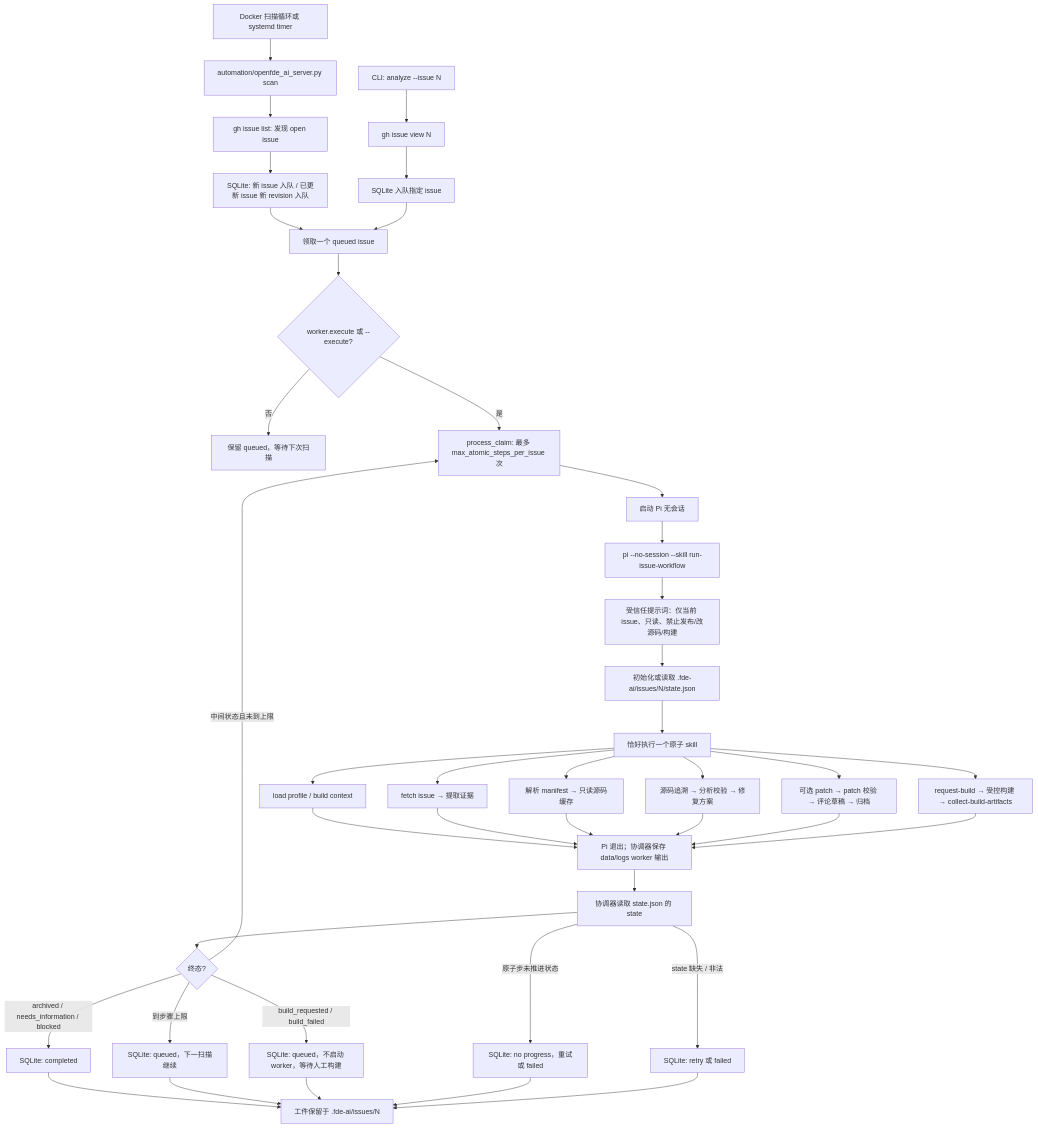
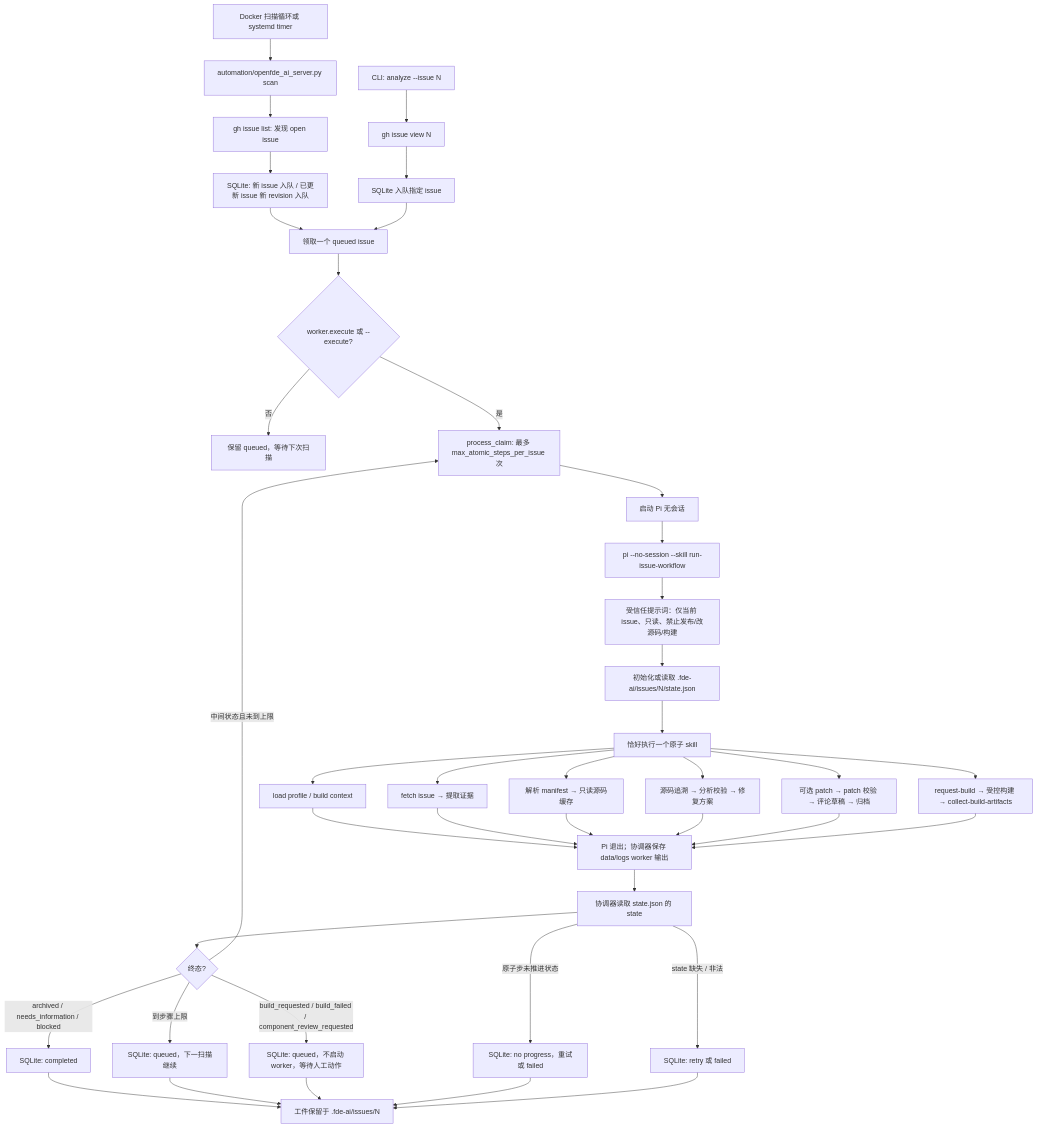
The diagram in docs/architecture/server-pi-flow.md (openfde/issue_killer), drawn with Mermaid before and after one commit. The commit also changed other lines of this file and 16 other files, not shown here.

First line of the commit message:
Add three-layer component attribution with human review loop

````diff
--- a/docs/architecture/server-pi-flow.md
+++ b/docs/architecture/server-pi-flow.md
@@ -3,49 +3,49 @@
 ```mermaid
 flowchart TD
     A[Docker 扫描循环或 systemd timer] --> B[automation/openfde_ai_server.py scan]
     C[CLI: analyze --issue N] --> D[gh issue view N]
     D --> E[SQLite 入队指定 issue]
     B --> F[gh issue list: 发现 open issue]
     F --> G[SQLite: 新 issue 入队 / 已更新 issue 新 revision 入队]
     G --> H[领取一个 queued issue]
     E --> H
 
     H --> I{worker.execute 或 --execute?}
     I -- 否 --> J[保留 queued，等待下次扫描]
     I -- 是 --> K[process_claim: 最多 max_atomic_steps_per_issue 次]
 
     K --> L[启动 Pi 无会话]
     L --> M[pi --no-session --skill run-issue-workflow]
     M --> N[受信任提示词：仅当前 issue、只读、禁止发布/改源码/构建]
     N --> O[初始化或读取 .fde-ai/issues/N/state.json]
     O --> P[恰好执行一个原子 skill]
 
     P --> P1[load profile / build context]
     P --> P2[fetch issue → 提取证据]
     P --> P3[解析 manifest → 只读源码缓存]
     P --> P4[源码追溯 → 分析校验 → 修复方案]
     P --> P5[可选 patch → patch 校验 → 评论草稿 → 归档]
     P --> P6[request-build → 受控构建 → collect-build-artifacts]
 
     P1 --> Q[Pi 退出；协调器保存 data/logs worker 输出]
     P2 --> Q
     P3 --> Q
     P4 --> Q
     P5 --> Q
     P6 --> Q
 
     Q --> R[协调器读取 state.json 的 state]
     R --> S{终态?}
     S -- archived / needs_information / blocked --> T[SQLite: completed]
-    S -- build_requested / build_failed --> U2[SQLite: queued，不启动 worker，等待人工构建]
+    S -- build_requested / build_failed / component_review_requested --> U2[SQLite: queued，不启动 worker，等待人工动作]
     S -- 中间状态且未到上限 --> K
     S -- 到步骤上限 --> U[SQLite: queued，下一扫描继续]
     R -- state 缺失 / 非法 --> V[SQLite: retry 或 failed]
     R -- 原子步未推进状态 --> V2[SQLite: no progress，重试或 failed]
 
     T --> W[工件保留于 .fde-ai/issues/N]
     U --> W
     U2 --> W
     V2 --> W
     V --> W
 ```
````
